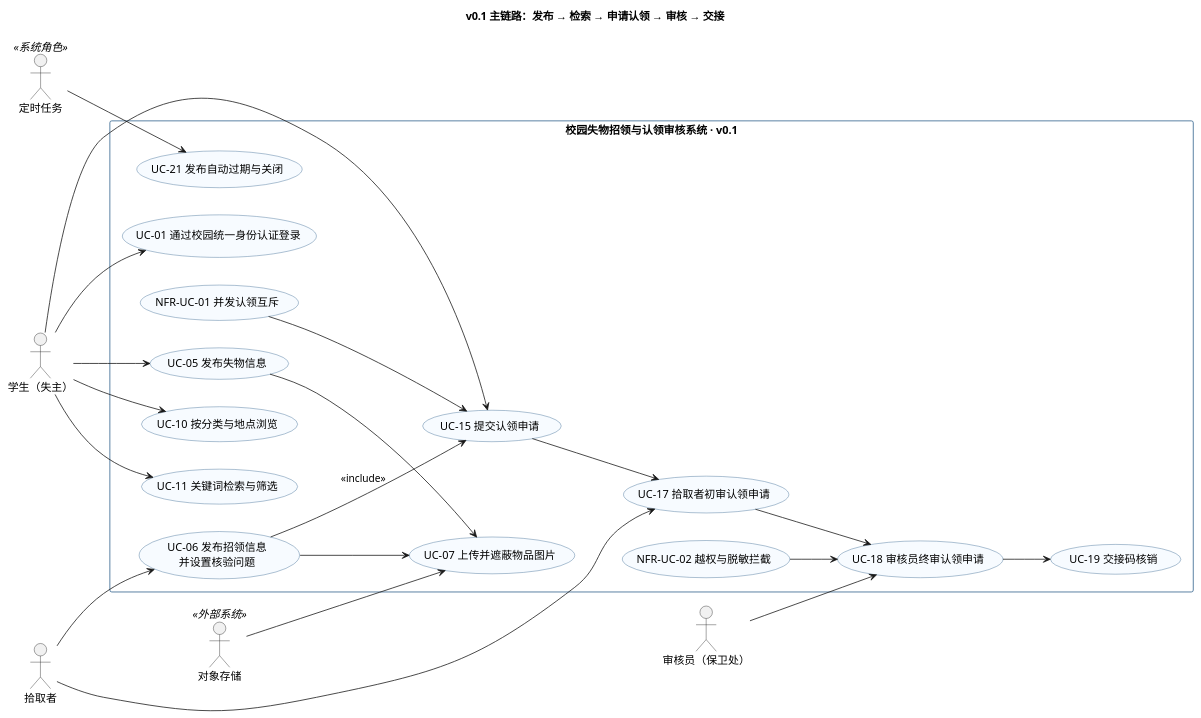
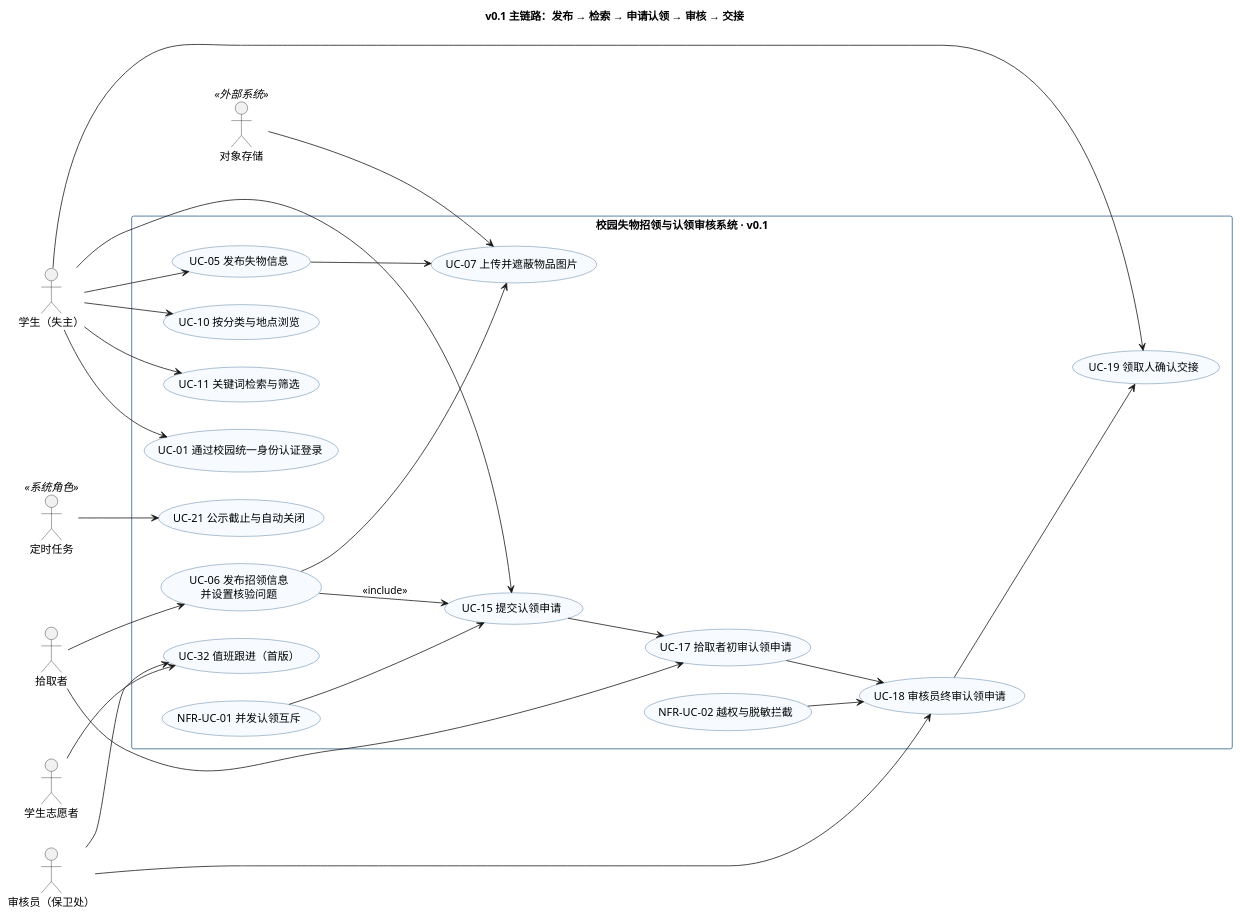
The diagram in models/usecase/usecase-v01.puml (phao90016-jpg/Tongji-campus-lost-found), drawn with PlantUML before and after one commit. The commit also changed 50 other files, not shown here.

```diff
--- a/models/usecase/usecase-v01.puml
+++ b/models/usecase/usecase-v01.puml
@@ -1,64 +1,69 @@
 @startuml usecase-v01
 ' ============================================================
 ' 校园失物招领与认领审核系统 · v0.1（迭代 1）主链路用例图
 ' 用途：课堂讲解（8 分钟）与 v0.1 验收
 ' 完整用例见 docs/02-需求规约/用例清单.md
 ' ============================================================
 title v0.1 主链路：发布 → 检索 → 申请认领 → 审核 → 交接
 
 skinparam shadowing false
 skinparam defaultFontName "Microsoft YaHei"
 skinparam usecase {
   BackgroundColor #F7FBFF
   BorderColor #2C5F8A
 }
 skinparam rectangle {
   BackgroundColor #FFFFFF
   BorderColor #2C5F8A
 }
 left to right direction
 
 actor "学生（失主）" as STU
 actor "拾取者" as FINDER
 actor "审核员（保卫处）" as REVIEWER
+actor "学生志愿者" as VOL
 actor "定时任务" as SCHED <<系统角色>>
 actor "对象存储" as OSS <<外部系统>>
 
 rectangle "校园失物招领与认领审核系统 · v0.1" {
   usecase "UC-01 通过校园统一身份认证登录" as UC01
   usecase "UC-05 发布失物信息" as UC05
   usecase "UC-06 发布招领信息\n并设置核验问题" as UC06
   usecase "UC-07 上传并遮蔽物品图片" as UC07
   usecase "UC-10 按分类与地点浏览" as UC10
   usecase "UC-11 关键词检索与筛选" as UC11
   usecase "UC-15 提交认领申请" as UC15
   usecase "UC-17 拾取者初审认领申请" as UC17
   usecase "UC-18 审核员终审认领申请" as UC18
-  usecase "UC-19 交接码核销" as UC19
-  usecase "UC-21 发布自动过期与关闭" as UC21
+  usecase "UC-19 领取人确认交接" as UC19
+  usecase "UC-21 公示截止与自动关闭" as UC21
+  usecase "UC-32 值班跟进（首版）" as UC32
   usecase "NFR-UC-01 并发认领互斥" as NFR01
   usecase "NFR-UC-02 越权与脱敏拦截" as NFR02
 }
 
 STU --> UC01
 STU --> UC05
 STU --> UC10
 STU --> UC11
 STU --> UC15
+STU --> UC19
 FINDER --> UC06
 FINDER --> UC17
 REVIEWER --> UC18
+REVIEWER --> UC32
+VOL --> UC32
 SCHED --> UC21
 
 UC05 --> UC07
 UC06 --> UC07
 UC06 --> UC15 : <<include>>
 UC15 --> UC17
 UC17 --> UC18
 UC18 --> UC19
 
 NFR01 --> UC15
 NFR02 --> UC18
 OSS --> UC07
 
 @enduml
```
